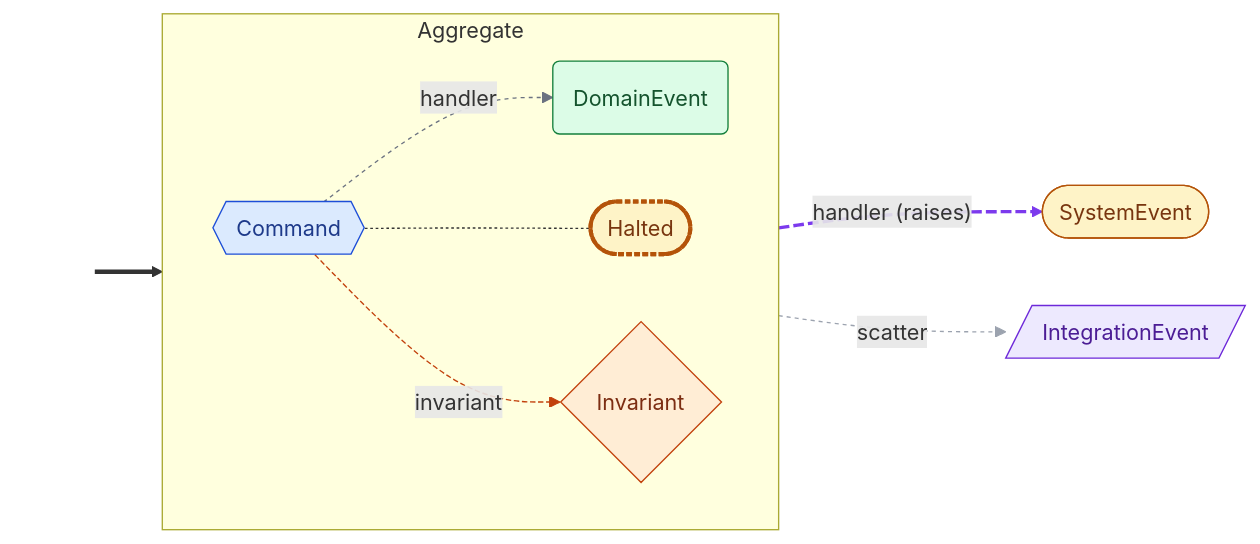
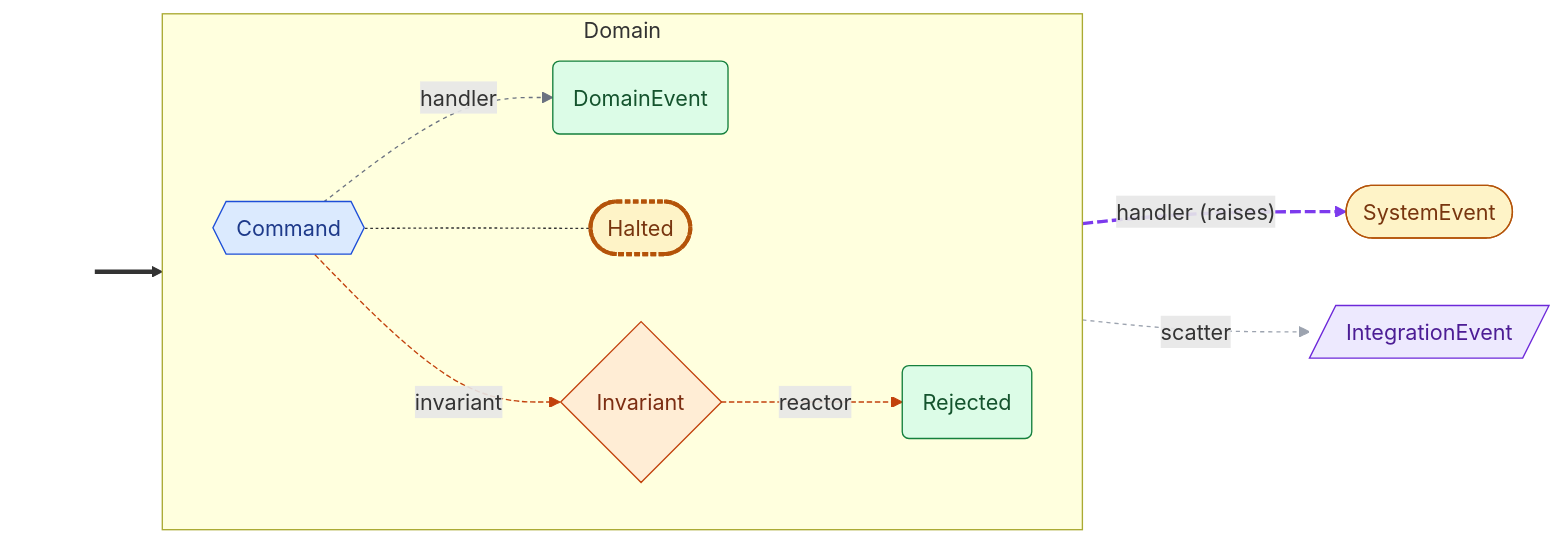
Before and after one commit to cadance-io/langgraph-events: the first of 2 diagrams in examples/supervisor.graph.md, drawn with Mermaid. The commit also changed other lines of this file and 43 other files, not shown here.

First line of the commit message:
feat: rename Aggregate→Domain, add post-command invariant check, reroute invariants in mermaid

````diff
--- a/examples/supervisor.graph.md
+++ b/examples/supervisor.graph.md
@@ -7,29 +7,30 @@
 ```mermaid
 graph LR
     classDef entry fill:none,stroke:none,color:none
     classDef cmd fill:#dbeafe,stroke:#1d4ed8,color:#1e3a8a
     classDef devt fill:#dcfce7,stroke:#15803d,color:#14532d
     classDef intg fill:#ede9fe,stroke:#6d28d9,color:#4c1d95
     classDef syst fill:#fef3c7,stroke:#b45309,color:#78350f
     classDef halt fill:#fef3c7,stroke:#b45309,color:#78350f,stroke-width:3px,stroke-dasharray:4 2
     classDef inv fill:#ffedd5,stroke:#c2410c,color:#7c2d12
-    subgraph Example["Aggregate"]
+    subgraph Example["Domain"]
       direction LR
       Command{{Command}}:::cmd
       DomainEvent(DomainEvent):::devt
       Halted([Halted]):::halt
       Invariant{Invariant}:::inv
+      Rejected(Rejected):::devt
     end
     IntegrationEvent[/IntegrationEvent/]:::intg
     SystemEvent([SystemEvent]):::syst
     _seed_[ ]:::entry ==> Command
     Command -->|handler| DomainEvent
     Command -.->|"handler (raises)"| SystemEvent
     Command -.->|scatter| IntegrationEvent
     Command -.- Halted
-    Command -.->|invariant| Invariant
+    Command -.->|invariant| Invariant -.->|reactor| Rejected
     linkStyle 1 stroke:#6b7280,stroke-dasharray:3 3
     linkStyle 2 stroke:#7c3aed,stroke-width:2.5px,stroke-dasharray:8 3
     linkStyle 3 stroke:#9ca3af,stroke-dasharray:3 3
-    linkStyle 5 stroke:#c2410c,stroke-dasharray:4 2
+    linkStyle 5,6 stroke:#c2410c,stroke-dasharray:4 2
 ```
````
